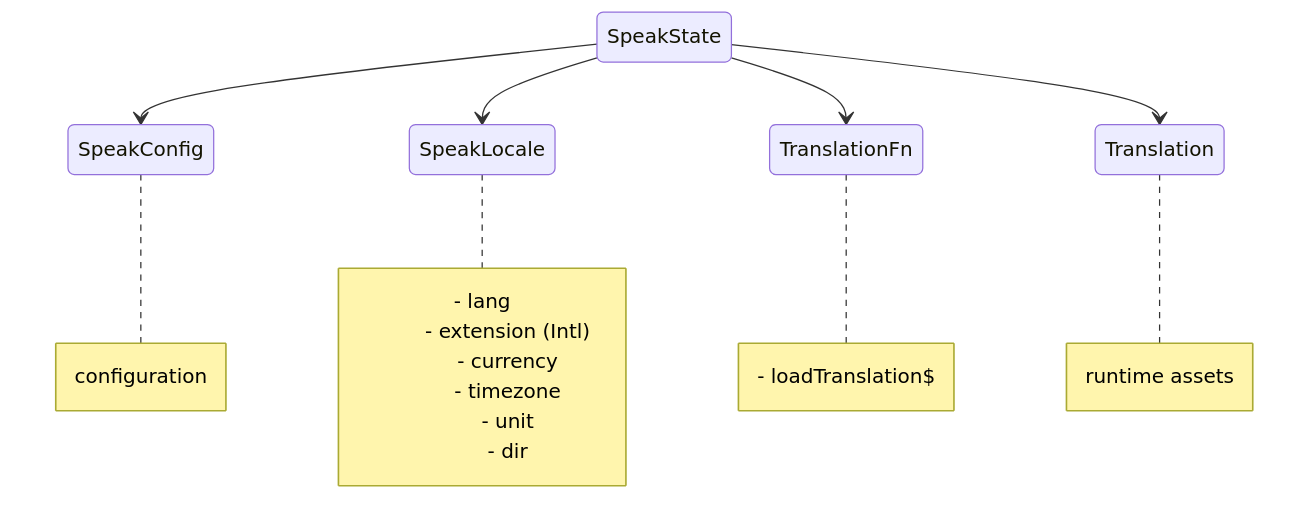
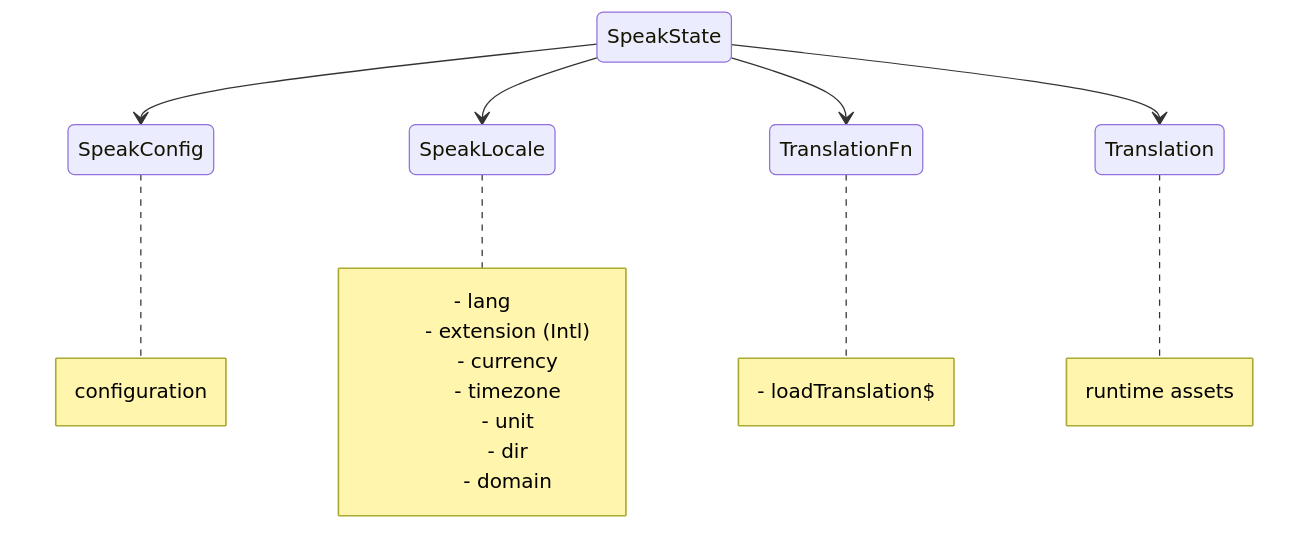
One commit to robisim74/qwik-speak changed the diagram in README.md. Above: the diagram before and after it, drawn with Mermaid. The commit also changed other lines of this file and 7 other files, not shown here.

````diff
--- a/README.md
+++ b/README.md
@@ -73,27 +73,28 @@
 ```mermaid
 stateDiagram-v2
     State1: SpeakState
     State2: SpeakConfig
     State3: SpeakLocale
     State4: TranslationFn
     State5: Translation
     State1 --> State2
     State1 --> State3
     State1 --> State4
     State1 --> State5
     note right of State2: configuration
     note right of State3
         - lang
         - extension (Intl)
         - currency
         - timezone
         - unit
         - dir
+        - domain
     end note 
     note right of State4
         - loadTranslation$
     end note
     note right of State5
         runtime assets
     end note
 ```
````
